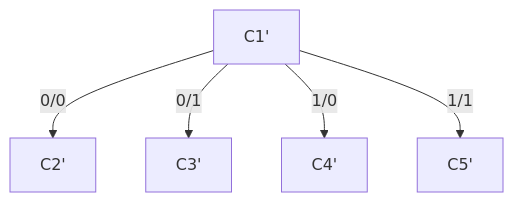
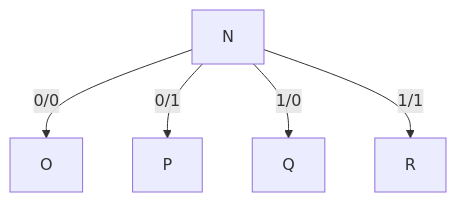
One commit to microsoft/FluidFramework changed diagram 22 of 29 in packages/dds/tree/docs/wip/treeStorage.md. Above: the diagram before and after it, drawn with Mermaid. The commit also changed other lines of this file, not shown here.

````diff
--- a/packages/dds/tree/docs/wip/treeStorage.md
+++ b/packages/dds/tree/docs/wip/treeStorage.md
@@ -568,7 +665,7 @@
 ```mermaid
 graph TD;
-    C1'--0/0-->C2';
-    C1'--0/1-->C3';
-    C1'--1/0-->C4';
-    C1'--1/1-->C5';
+    N--0/0-->O;
+    N--0/1-->P;
+    N--1/0-->Q;
+    N--1/1-->R;
 ```
````
